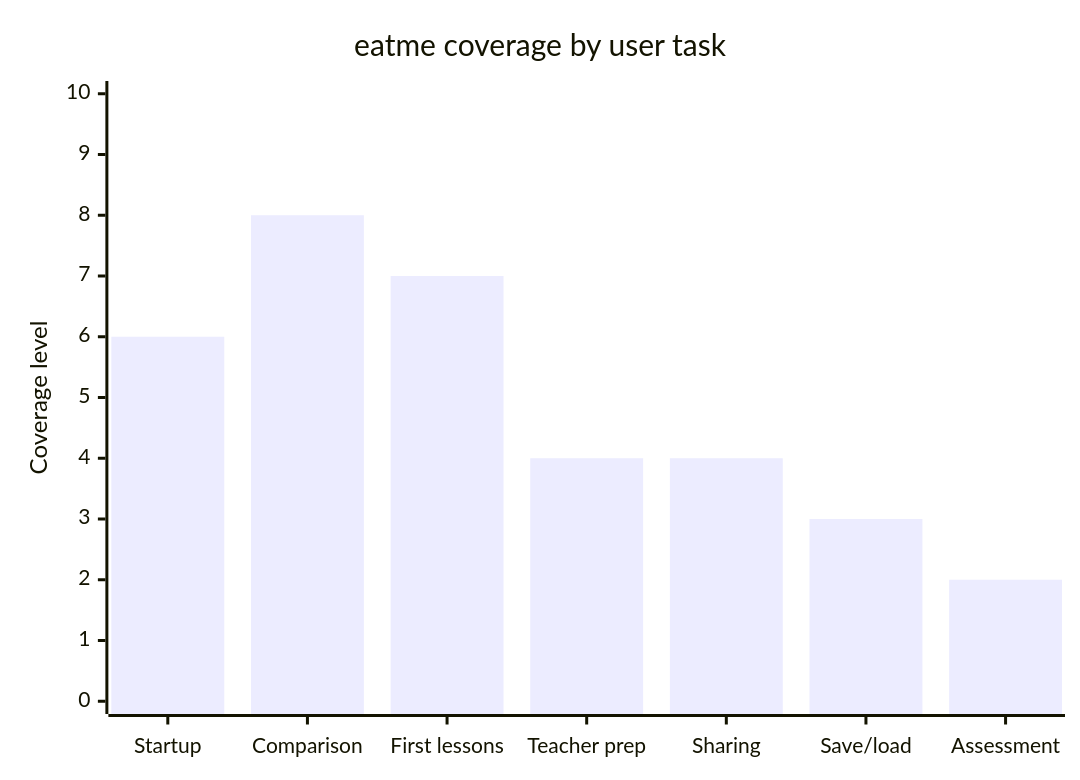
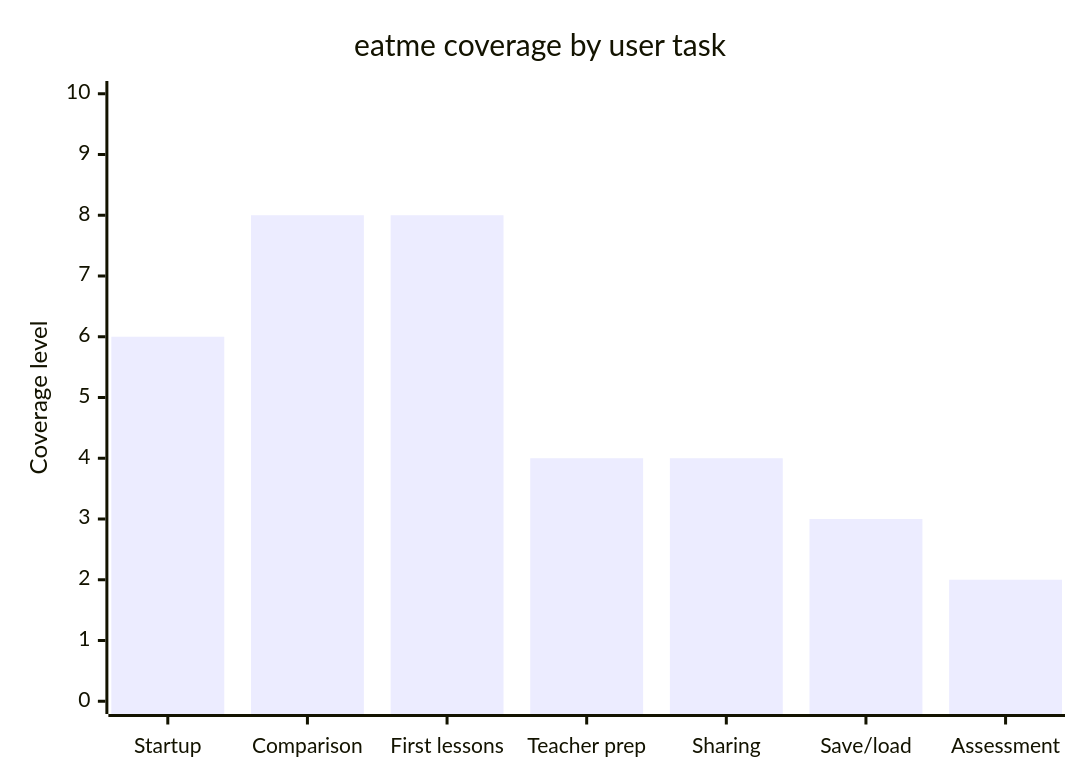
The fourth of 6 diagrams in README.md (rysweet/drinkme), drawn with Mermaid before and after one commit. The commit also changed other lines of this file, not shown here.

````diff
--- a/README.md
+++ b/README.md
@@ -100,7 +100,7 @@
 ```mermaid
 xychart-beta
   title "eatme coverage by user task"
   x-axis ["Startup", "Comparison", "First lessons", "Teacher prep", "Sharing", "Save/load", "Assessment"]
   y-axis "Coverage level" 0 --> 10
-  bar [6, 8, 7, 4, 4, 3, 2]
+  bar [6, 8, 8, 4, 4, 3, 2]
 ```
````
